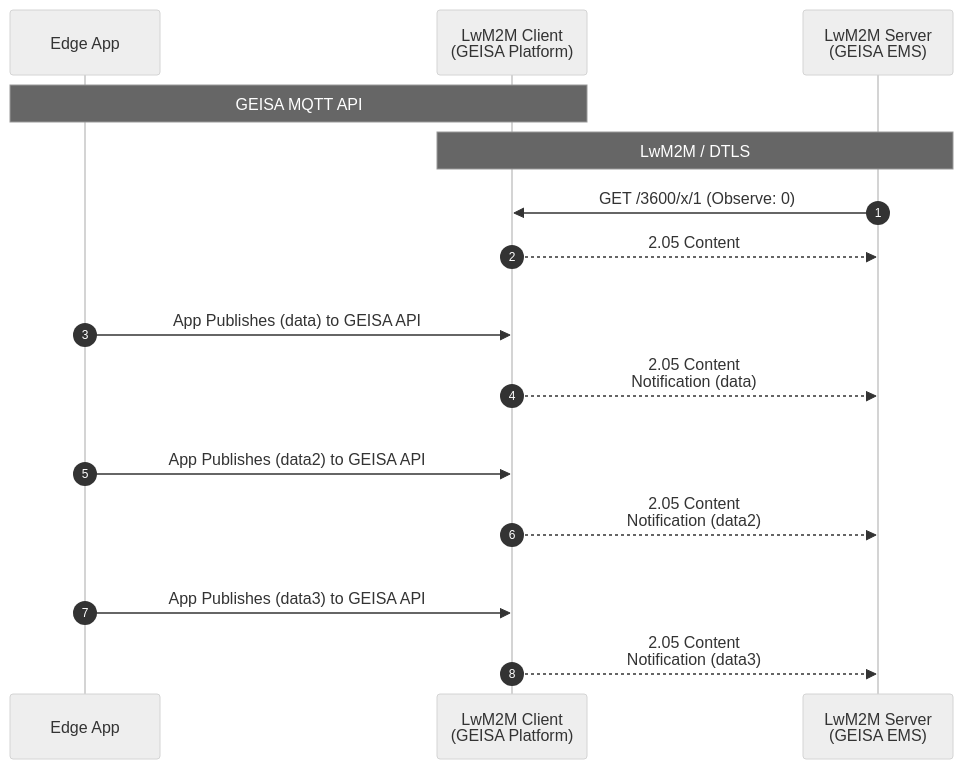
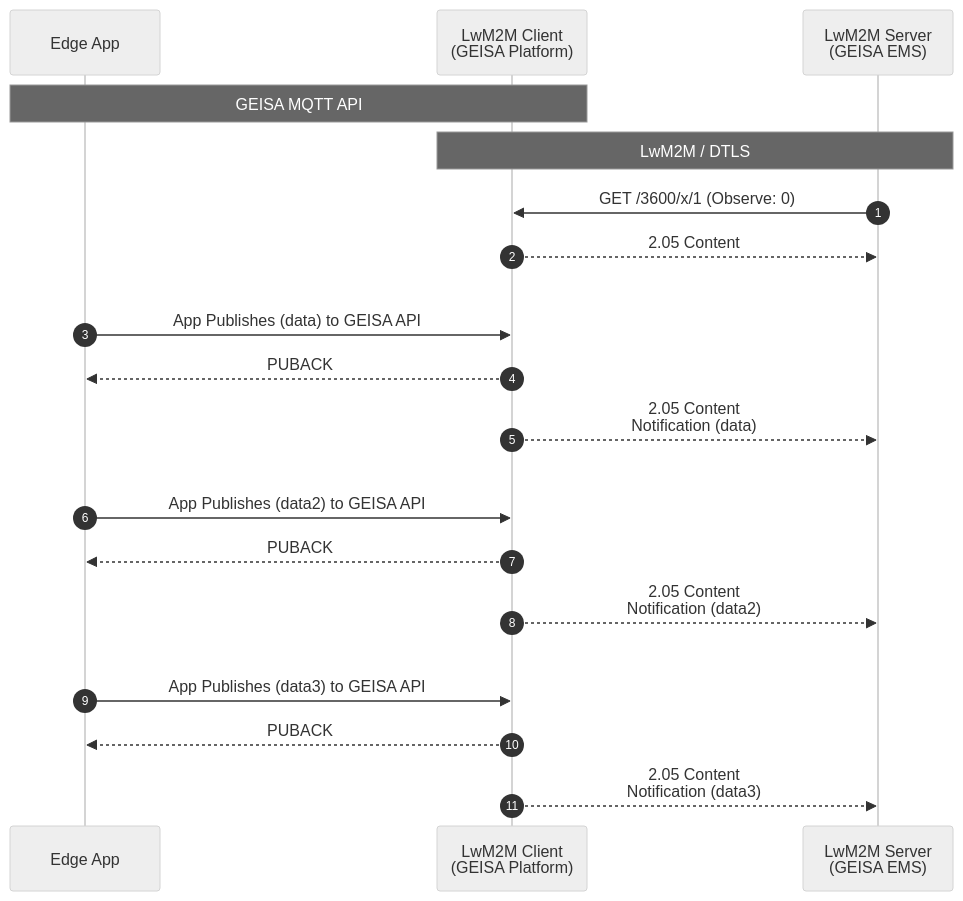
The diagram in source/adm/app-messaging-data.mermaid (geisa/specification), drawn with Mermaid before and after one commit. The commit also changed other lines of this file, not shown here.

```diff
--- a/source/adm/app-messaging-data.mermaid
+++ b/source/adm/app-messaging-data.mermaid
@@ -1,35 +1,38 @@
 ---
 config:
   look: classic
   theme: neutral
 ---
 
 %%
 %%  Copyright 2025, Contributors to the Grid Edge Interoperability & Security Alliance (GEISA) a Series of LF Projects, LLC  
 %%  This file is licensed under the Community Specification License 1.0 available at:
 %%  https://github.com/geisa/specification/blob/main/LICENSE.md or
 %%  https://github.com/CommunitySpecification/Community_Specification/blob/main/1._Community_Specification_License-v1.md
 %%
 %%
 
 %%{init: { 'sequence': { 'actorMargin': 150 } } }%%
 
 sequenceDiagram
     autonumber
     participant A as Edge App
     participant C as LwM2M Client<br/>(GEISA Platform)
     participant S as LwM2M Server<br/>(GEISA EMS)
 
     Note over A,C: GEISA MQTT API
     Note over C,S: LwM2M / DTLS                
     S->>C: GET /3600/x/1 (Observe: 0)
     C-->>S: 2.05 Content
     
     A->>C: <br/><br/>App Publishes (data) to GEISA API
+    C-->>A: PUBACK
     C-->>S: 2.05 Content<br/>Notification (data)
 
     A->>C: <br/><br/>App Publishes (data2) to GEISA API
+    C-->>A: PUBACK
     C-->>S: 2.05 Content<br/>Notification (data2)
 
     A->>C: <br/><br/>App Publishes (data3) to GEISA API
+    C-->>A: PUBACK
     C-->>S: 2.05 Content<br/>Notification (data3)
```
